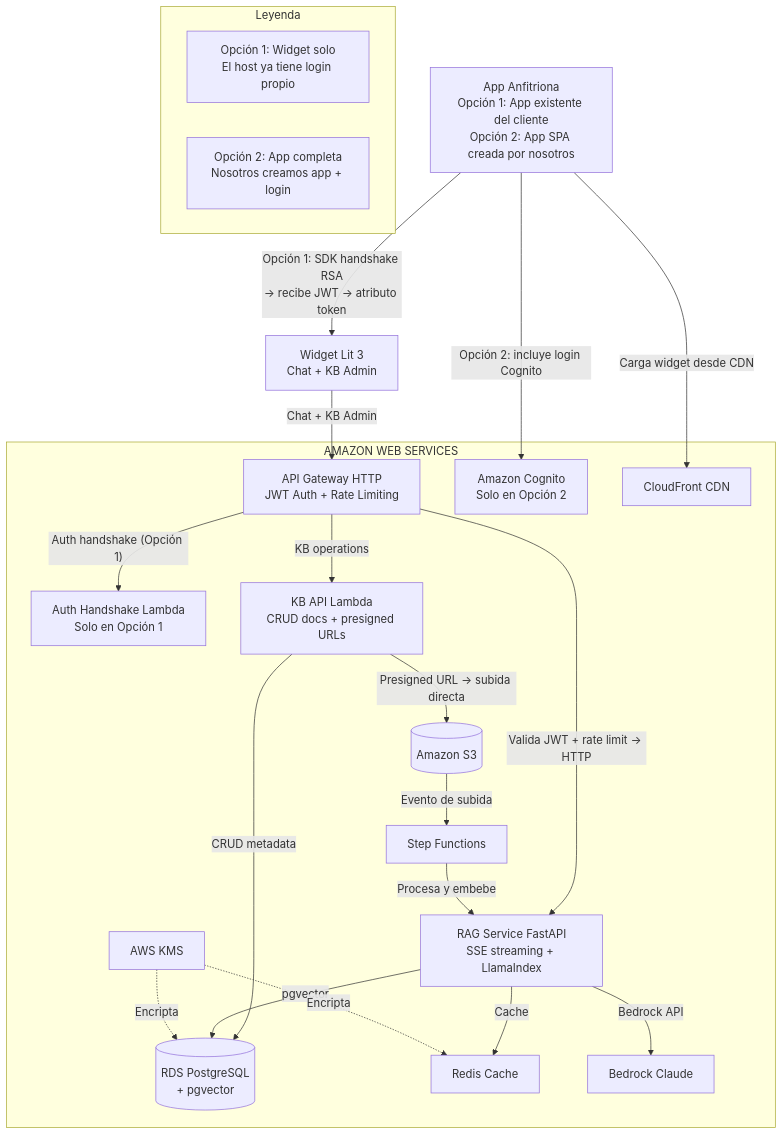
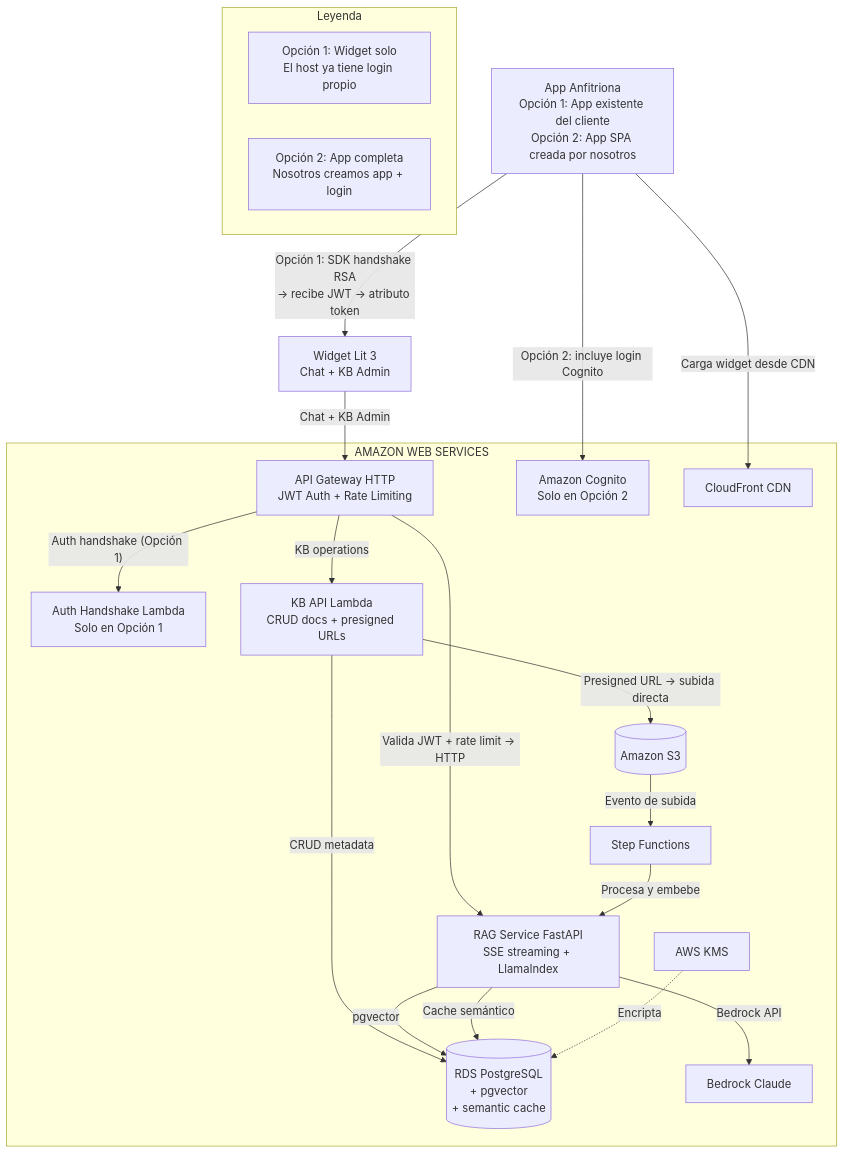
One commit to johnruedal96/capillas changed the first of 9 diagrams in docs/propuesta_tecnologica.md. Above: the diagram before and after it, drawn with Mermaid. The commit also changed other lines of this file, not shown here.

Commit message:
add semantic cache

````diff
--- a/docs/propuesta_tecnologica.md
+++ b/docs/propuesta_tecnologica.md
@@ -78,42 +78,40 @@
 ```mermaid
 graph TB
     subgraph LEGEND[Leyenda]
         OPT1[Opción 1: Widget solo<br/>El host ya tiene login propio]
         OPT2[Opción 2: App completa<br/>Nosotros creamos app + login]
     end
 
     subgraph AWS["AMAZON WEB SERVICES"]
         GW[API Gateway HTTP<br/>JWT Auth + Rate Limiting]
         AUTH[Amazon Cognito<br/>Solo en Opción 2]
         AUTH_LAMBDA[Auth Handshake Lambda<br/>Solo en Opción 1]
         RAG[RAG Service FastAPI<br/>SSE streaming + LlamaIndex]
         LAMBDA_KB[KB API Lambda<br/>CRUD docs + presigned URLs]
-        RDS[(RDS PostgreSQL<br/>+ pgvector)]
-        REDIS[Redis Cache]
+        RDS[(RDS PostgreSQL<br/>+ pgvector<br/>+ semantic cache)]
         BEDROCK[Bedrock Claude]
         KMS[AWS KMS]
         S3[(Amazon S3)]
         STEP[Step Functions]
         CF[CloudFront CDN]
     end
 
     WIDGET[Widget Lit 3<br/>Chat + KB Admin]
     HOST[App Anfitriona<br/>Opción 1: App existente del cliente<br/>Opción 2: App SPA creada por nosotros]
 
     HOST -->|Carga widget desde CDN| CF
     HOST -->|Opción 1: SDK handshake RSA<br/>→ recibe JWT → atributo token| WIDGET
     HOST -->|Opción 2: incluye login Cognito| AUTH
     WIDGET -->|Chat + KB Admin| GW
     GW -->|Valida JWT + rate limit → HTTP| RAG
     GW -->|KB operations| LAMBDA_KB
     GW -->|"Auth handshake (Opción 1)"| AUTH_LAMBDA
     LAMBDA_KB -->|Presigned URL → subida directa| S3
     LAMBDA_KB -->|CRUD metadata| RDS
     RAG -->|pgvector| RDS
-    RAG -->|Cache| REDIS
+    RAG -->|Cache semántico| RDS
     RAG -->|Bedrock API| BEDROCK
     KMS -.->|Encripta| RDS
-    KMS -.->|Encripta| REDIS
     S3 -->|Evento de subida| STEP
     STEP -->|Procesa y embebe| RAG
 ```
````
